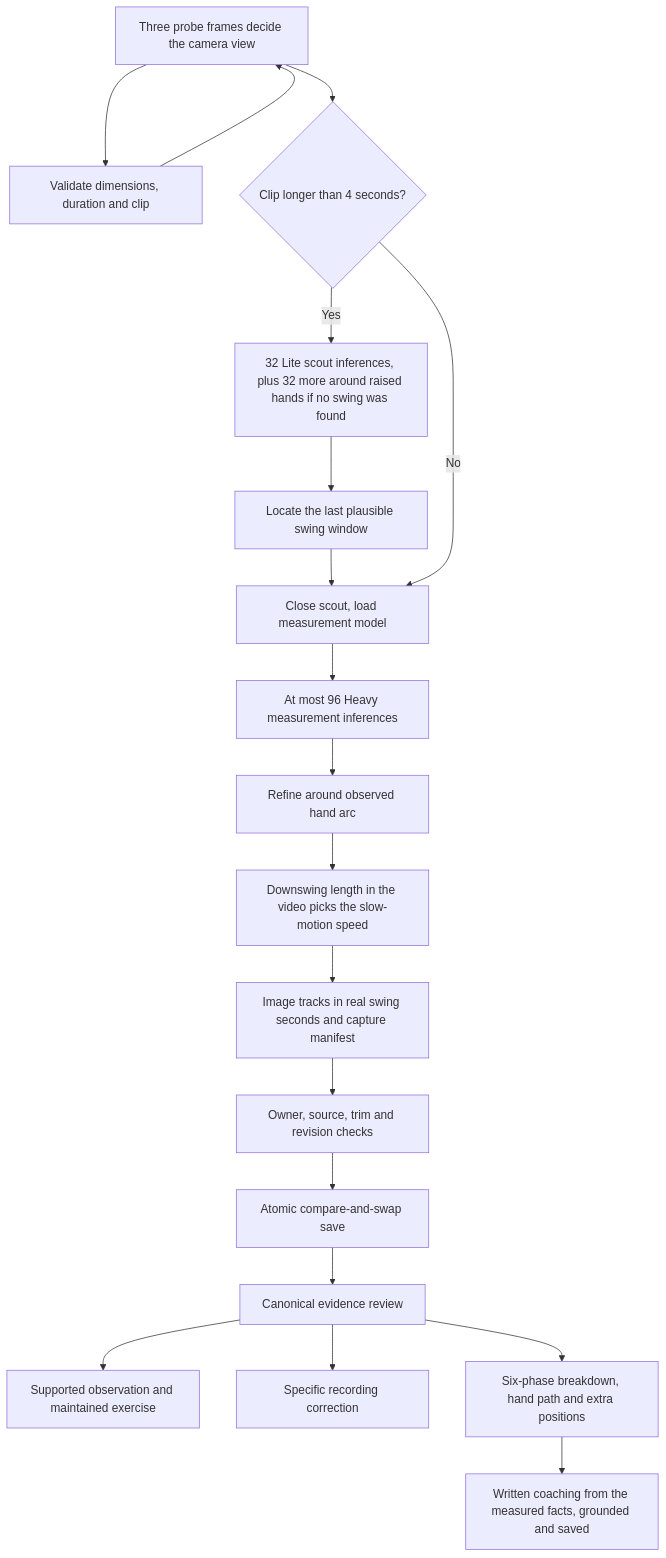
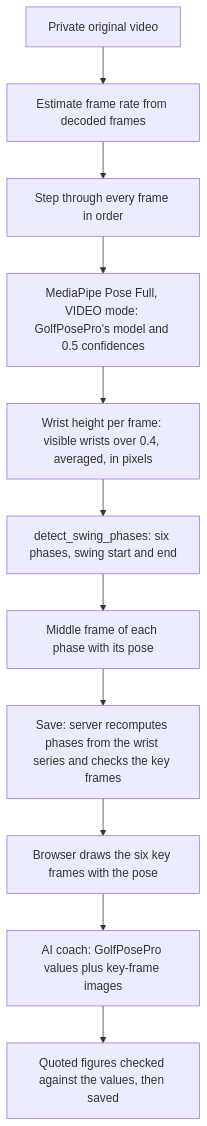
Before and after one commit to jaewonshim0000-ai/golf-ai-coach: the diagram in docs/swing-architecture.md, drawn with Mermaid. The commit also changed other lines of this file and 25 other files, not shown here.

First line of the commit message:
feat: run the swing analysis on GolfPosePro and write AI coaching from its values

````diff
--- a/docs/swing-architecture.md
+++ b/docs/swing-architecture.md
@@ -9,21 +7,13 @@
 ```mermaid
 flowchart TD
-  V[Private original video] --> P[Validate dimensions, duration and clip]
-  P --> V[Three probe frames decide the camera view]
-  V --> S{Clip longer than 4 seconds?}
-  S -->|Yes| L[32 Lite scout inferences, plus 32 more around raised hands if no swing was found]
-  L --> W[Locate the last plausible swing window]
-  W --> H[Close scout, load measurement model]
-  S -->|No| H
-  H --> M[At most 96 Heavy measurement inferences]
-  M --> R[Refine around observed hand arc]
-  R --> X[Downswing length in the video picks the slow-motion speed]
-  X --> T[Image tracks in real swing seconds and capture manifest]
-  T --> C[Owner, source, trim and revision checks]
-  C --> D[Atomic compare-and-swap save]
-  D --> E[Canonical evidence review]
-  E --> O[Supported observation and maintained exercise]
-  E --> A[Specific recording correction]
-  E --> B[Six-phase breakdown, hand path and extra positions]
-  B --> I[Written coaching from the measured facts, grounded and saved]
+  V[Private original video] --> F[Estimate frame rate from decoded frames]
+  F --> R[Step through every frame in order]
+  R --> P[MediaPipe Pose Full, VIDEO mode: GolfPosePro's model and 0.5 confidences]
+  P --> W[Wrist height per frame: visible wrists over 0.4, averaged, in pixels]
+  W --> S[detect_swing_phases: six phases, swing start and end]
+  S --> K[Middle frame of each phase with its pose]
+  K --> D[Save: server recomputes phases from the wrist series and checks the key frames]
+  D --> I[Browser draws the six key frames with the pose]
+  I --> A[AI coach: GolfPosePro values plus key-frame images]
+  A --> G[Quoted figures checked against the values, then saved]
 ```
````
